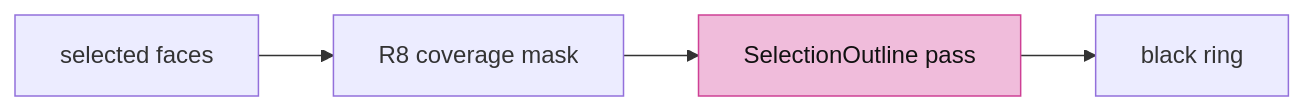
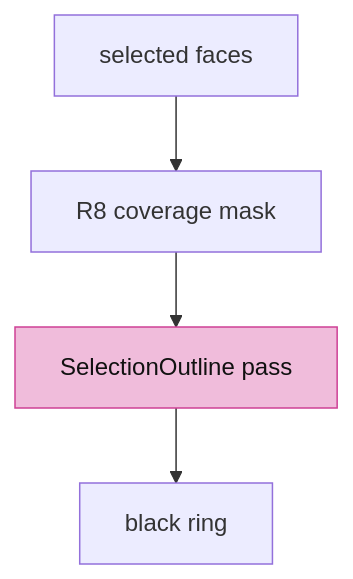
One commit to petrasvestartas/session changed diagram 14 of 19 in session_viewer/docs/12-picking.md. Above: the diagram before and after it, drawn with Mermaid. The commit also changed other lines of this file and 34 other files, not shown here.

First line of the commit message:
Course: each lesson teaches its file's final form; diagrams fit the column

````diff
--- a/session_viewer/docs/12-picking.md
+++ b/session_viewer/docs/12-picking.md
@@ -309,5 +310,7 @@
 ```mermaid
-flowchart LR
-    S["selected faces"] --> M["R8 coverage mask"] --> O["SelectionOutline pass"] --> R["black ring"]
+flowchart TB
+    S["selected faces"] --> M["R8 coverage mask"]
+    M --> O["SelectionOutline pass"]
+    O --> R["black ring"]
     style O fill:#f0bcdb,stroke:#ce4095,color:#111
 ```
````
